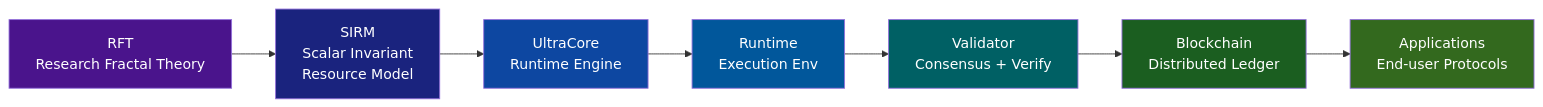
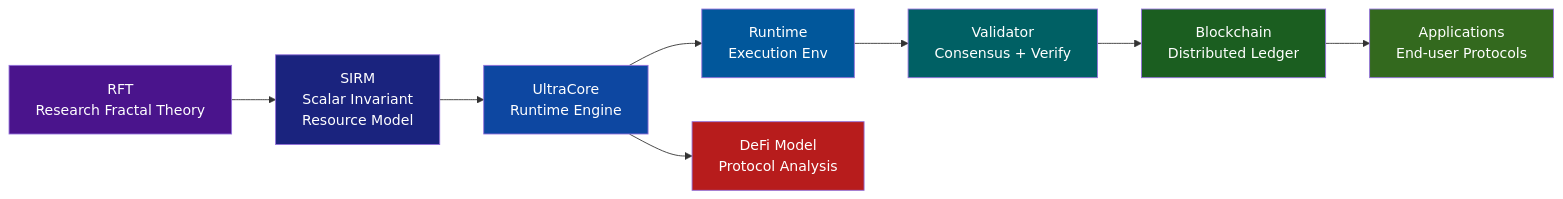
One commit to RFT-SIRM/UltraCore-RFT changed the third of 4 diagrams in PITCH.md. Above: the diagram before and after it, drawn with Mermaid. The commit also changed other lines of this file, not shown here.

````diff
--- a/PITCH.md
+++ b/PITCH.md
@@ -211,16 +256,27 @@
 ```mermaid
 flowchart LR
-    RFT["RFT<br/>Research Fractal Theory"] --> SIRM["SIRM<br/>Scalar Invariant<br/>Resource Model"]
-    SIRM --> UC["UltraCore<br/>Runtime Engine"]
-    UC --> RT["Runtime<br/>Execution Env"]
-    RT --> VAL["Validator<br/>Consensus + Verify"]
-    VAL --> BC["Blockchain<br/>Distributed Ledger"]
-    BC --> APP["Applications<br/>End-user Protocols"]
-    style RFT fill:#4a148c,color:#fff
-    style SIRM fill:#1a237e,color:#fff
-    style UC fill:#0d47a1,color:#fff
-    style RT fill:#01579b,color:#fff
-    style VAL fill:#006064,color:#fff
-    style BC fill:#1b5e20,color:#fff
-    style APP fill:#33691e,color:#fff
+ RFT["RFT
+Research Fractal Theory"] --> SIRM["SIRM
+Scalar Invariant
+Resource Model"]
+ SIRM --> UC["UltraCore
+Runtime Engine"]
+ UC --> RT["Runtime
+Execution Env"]
+ UC --> DEFI["DeFi Model
+Protocol Analysis"]
+ RT --> VAL["Validator
+Consensus + Verify"]
+ VAL --> BC["Blockchain
+Distributed Ledger"]
+ BC --> APP["Applications
+End-user Protocols"]
+ style RFT fill:#4a148c,color:#fff
+ style SIRM fill:#1a237e,color:#fff
+ style UC fill:#0d47a1,color:#fff
+ style RT fill:#01579b,color:#fff
+ style VAL fill:#006064,color:#fff
+ style BC fill:#1b5e20,color:#fff
+ style APP fill:#33691e,color:#fff
+ style DEFI fill:#b71c1c,color:#fff
 ```
````
